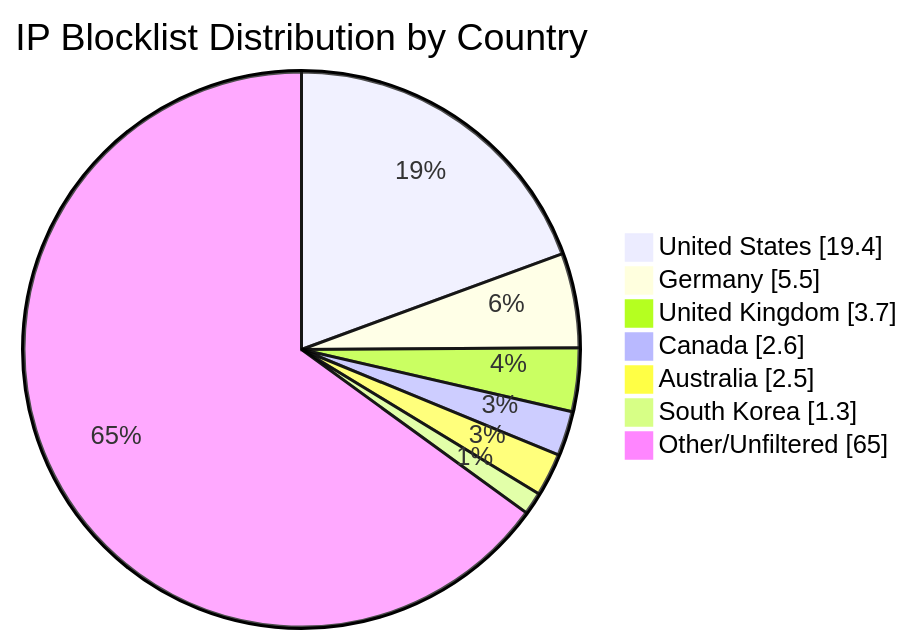
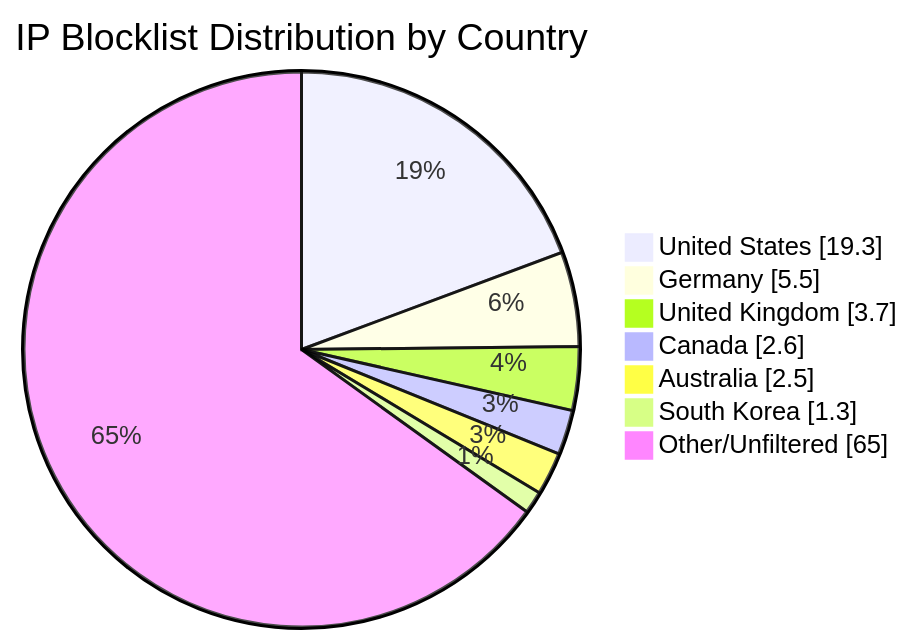
The diagram in README.md (MarcusHoltz/ipblocklist-geofiltered-aggregator), drawn with Mermaid before and after one commit. The commit also changed other lines of this file and 9 other files, not shown here.

````diff
--- a/README.md
+++ b/README.md
@@ -34,10 +34,10 @@
 ```mermaid
 pie showData title IP Blocklist Distribution by Country
-"United States" : 19.4
+"United States" : 19.3
 "Germany" : 5.5
 "United Kingdom" : 3.7
 "Canada" : 2.6
 "Australia" : 2.5
 "South Korea" : 1.3
 "Other/Unfiltered" : 65.0
 ```
````
